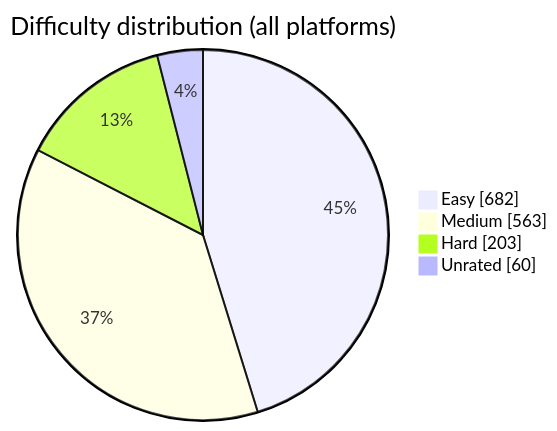
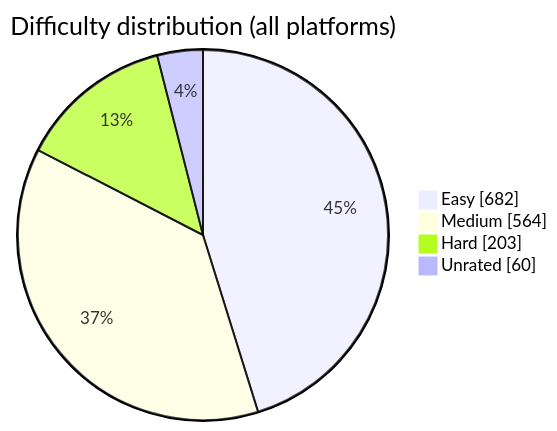
Before and after one commit to BuildbyArindam/Daily-Coding-Log: the diagram in README.md, drawn with Mermaid. The commit also changed other lines of this file, not shown here.

````diff
--- a/README.md
+++ b/README.md
@@ -93,7 +93,7 @@
 ```mermaid
 pie showData title Difficulty distribution (all platforms)
     "Easy" : 682
-    "Medium" : 563
+    "Medium" : 564
     "Hard" : 203
     "Unrated" : 60
 ```
````
